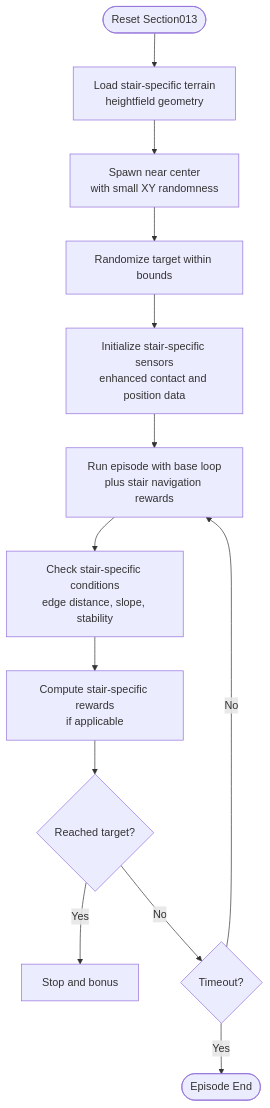
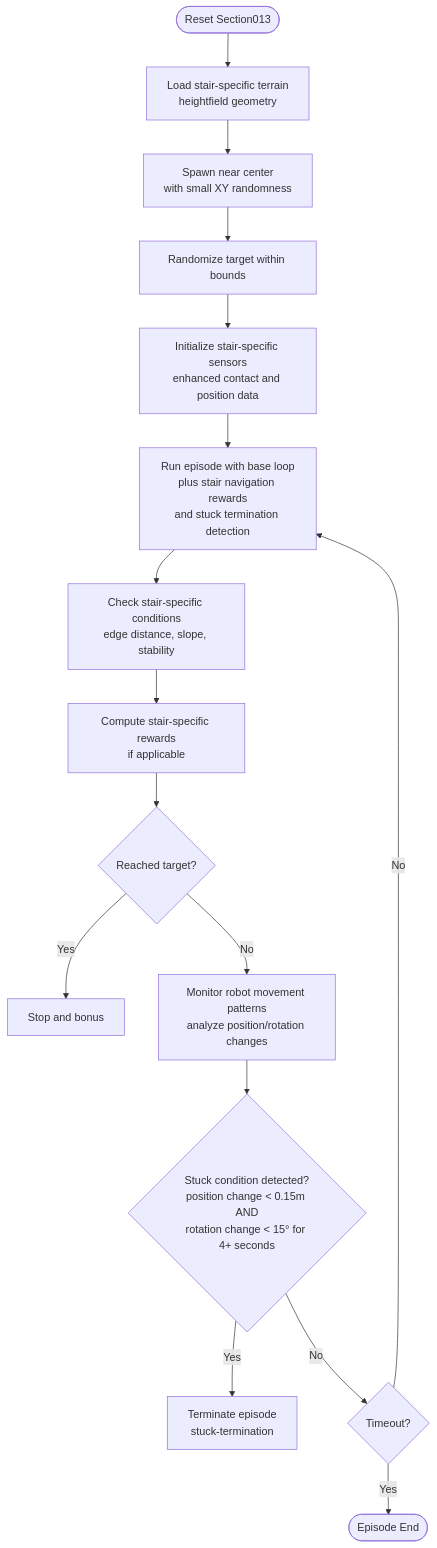
Before and after one commit to jayjayhust/MotrixLab: the sixth of 12 diagrams in .qoder/repowiki/en/content/Navigation Environments/VBot Navigation/Track Sections.md, drawn with Mermaid. The commit also changed other lines of this file and 8 other files, not shown here.

````diff
--- a/.qoder/repowiki/en/content/Navigation Environments/VBot Navigation/Track Sections.md
+++ b/.qoder/repowiki/en/content/Navigation Environments/VBot Navigation/Track Sections.md
@@ -479,15 +513,18 @@
 ```mermaid
 flowchart TD
 Start(["Reset Section013"]) --> LoadStairTerrain["Load stair-specific terrain<br/>heightfield geometry"]
 LoadStairTerrain --> Spawn["Spawn near center<br/>with small XY randomness"]
 Spawn --> RandGoal["Randomize target within bounds"]
 RandGoal --> InitStairSensors["Initialize stair-specific sensors<br/>enhanced contact and position data"]
-InitStairSensors --> Run["Run episode with base loop<br/>plus stair navigation rewards"]
+InitStairSensors --> Run["Run episode with base loop<br/>plus stair navigation rewards<br/>and stuck termination detection"]
 Run --> CheckStairConditions["Check stair-specific conditions<br/>edge distance, slope, stability"]
 CheckStairConditions --> ComputeStairRewards["Compute stair-specific rewards<br/>if applicable"]
 ComputeStairRewards --> Reach{"Reached target?"}
 Reach --> |Yes| Stop["Stop and bonus"]
-Reach --> |No| Timeout{"Timeout?"}
+Reach --> |No| CheckStuck["Monitor robot movement patterns<br/>analyze position/rotation changes"]
+CheckStuck --> StuckDetected{"Stuck condition detected?<br/>position change < 0.15m AND<br/>rotation change < 15° for 4+ seconds"}
+StuckDetected --> |Yes| Terminate["Terminate episode<br/>stuck-termination"]
+StuckDetected --> |No| Timeout{"Timeout?"}
 Timeout --> |Yes| End(["Episode End"])
 Timeout --> |No| Run
 ```
````
